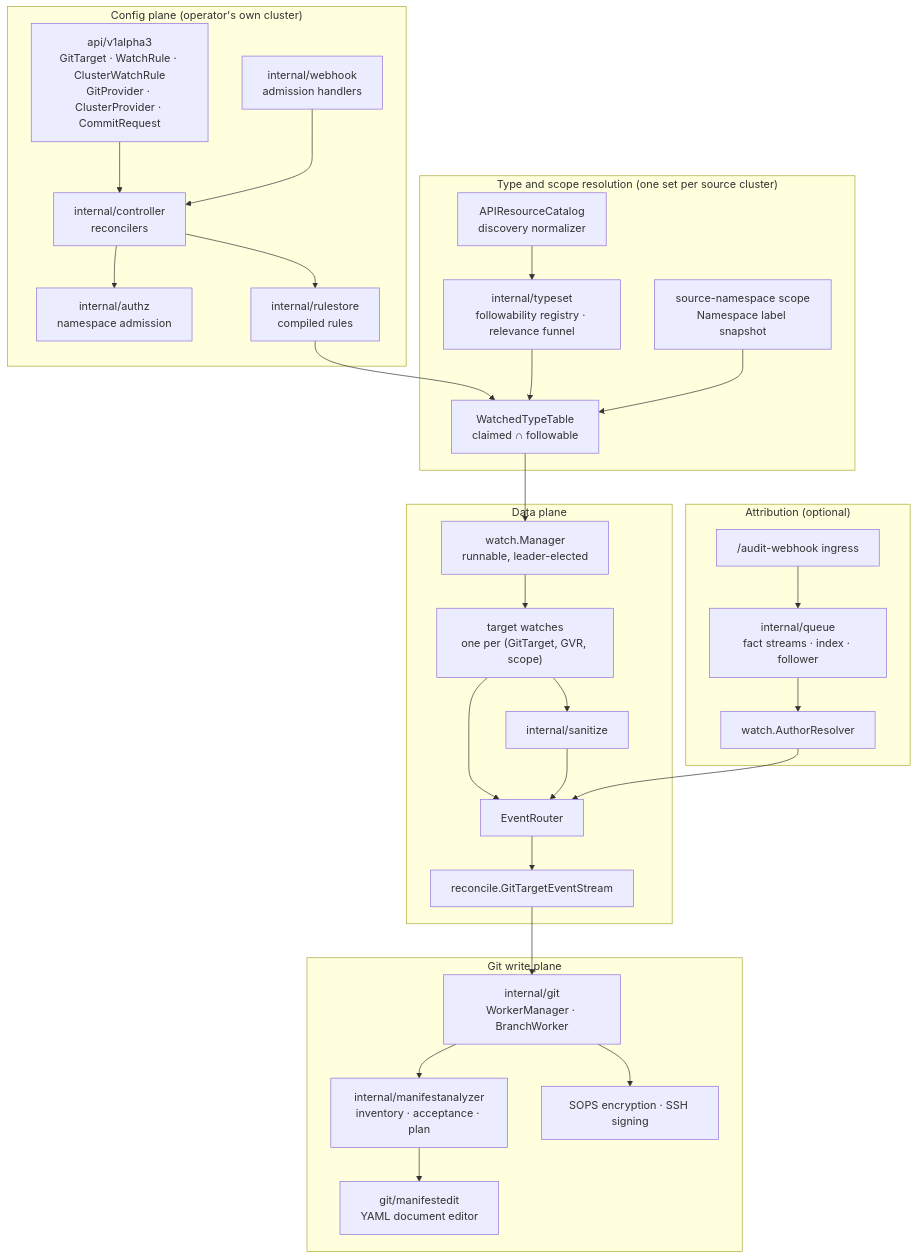
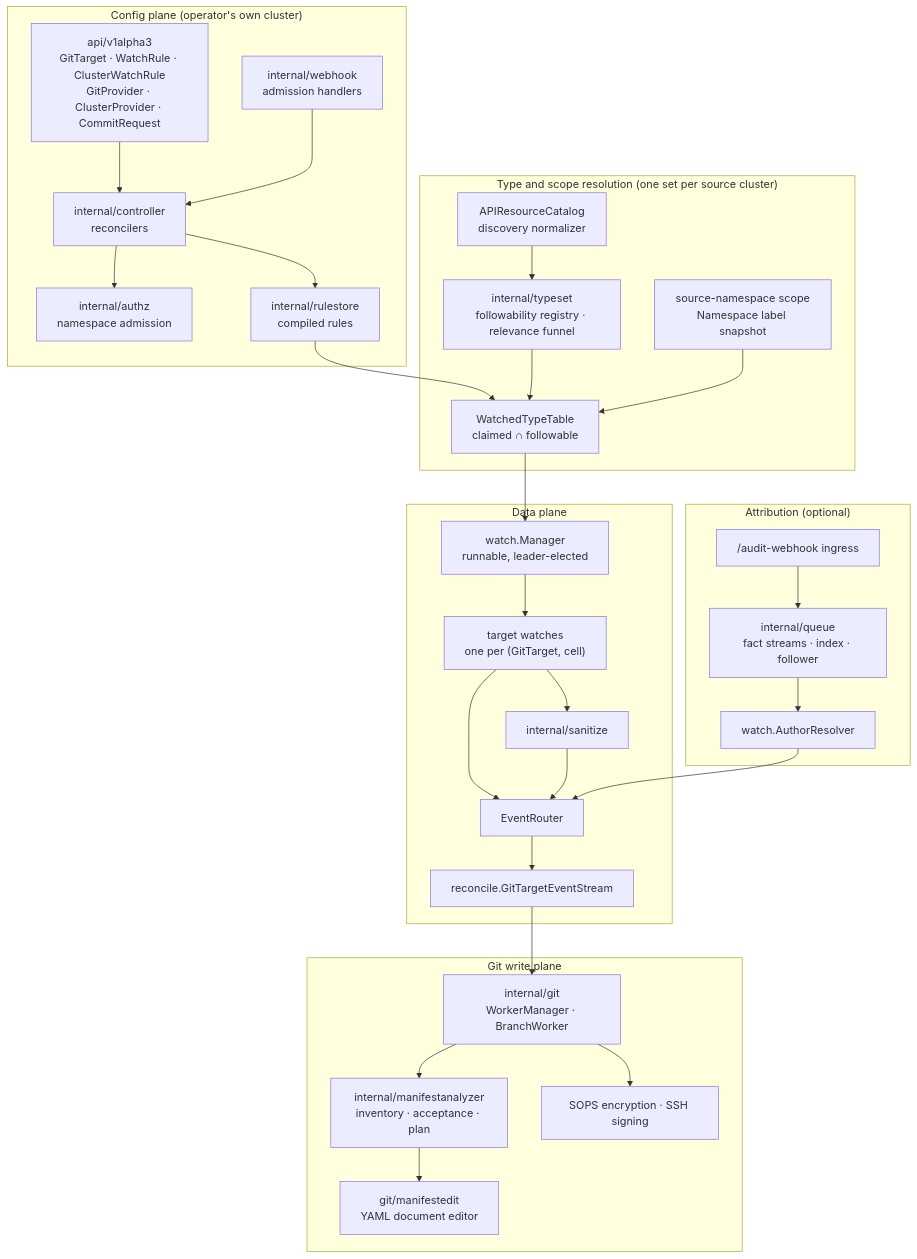
One commit to ConfigButler/gitops-reverser changed the first of 3 diagrams in docs/components.md. Above: the diagram before and after it, drawn with Mermaid. The commit also changed other lines of this file and 101 other files, not shown here.

First line of the commit message:
feat(watch): one owner for the watch plane, diffed per cell (#315)

````diff
--- a/docs/components.md
+++ b/docs/components.md
@@ -23,49 +23,49 @@
 ```mermaid
 flowchart TB
     subgraph CFG["Config plane (operator's own cluster)"]
         CRD["api/v1alpha3<br/>GitTarget · WatchRule · ClusterWatchRule<br/>GitProvider · ClusterProvider · CommitRequest"]
         CTRL["internal/controller<br/>reconcilers"]
         ADM["internal/webhook<br/>admission handlers"]
         AUTHZ["internal/authz<br/>namespace admission"]
         RS["internal/rulestore<br/>compiled rules"]
     end
 
     subgraph RES["Type and scope resolution (one set per source cluster)"]
         CAT["APIResourceCatalog<br/>discovery normalizer"]
         REG["internal/typeset<br/>followability registry · relevance funnel"]
         TBL["WatchedTypeTable<br/>claimed ∩ followable"]
         NSS["source-namespace scope<br/>Namespace label snapshot"]
     end
 
     subgraph DP["Data plane"]
         WM["watch.Manager<br/>runnable, leader-elected"]
-        TW["target watches<br/>one per (GitTarget, GVR, scope)"]
+        TW["target watches<br/>one per (GitTarget, cell)"]
         ER["EventRouter"]
         GTES["reconcile.GitTargetEventStream"]
         SAN["internal/sanitize"]
     end
 
     subgraph GITW["Git write plane"]
         BW["internal/git<br/>WorkerManager · BranchWorker"]
         MA["internal/manifestanalyzer<br/>inventory · acceptance · plan"]
         ME["git/manifestedit<br/>YAML document editor"]
         ENC["SOPS encryption · SSH signing"]
     end
 
     subgraph ATT["Attribution (optional)"]
         AUD["/audit-webhook ingress"]
         FS["internal/queue<br/>fact streams · index · follower"]
         AR["watch.AuthorResolver"]
     end
 
     CRD --> CTRL --> RS --> TBL
     CTRL --> AUTHZ
     ADM --> CTRL
     CAT --> REG --> TBL
     NSS --> TBL
     TBL --> WM --> TW --> ER --> GTES --> BW
     TW --> SAN --> ER
     BW --> MA --> ME
     BW --> ENC
     AUD --> FS --> AR --> ER
 ```
````
